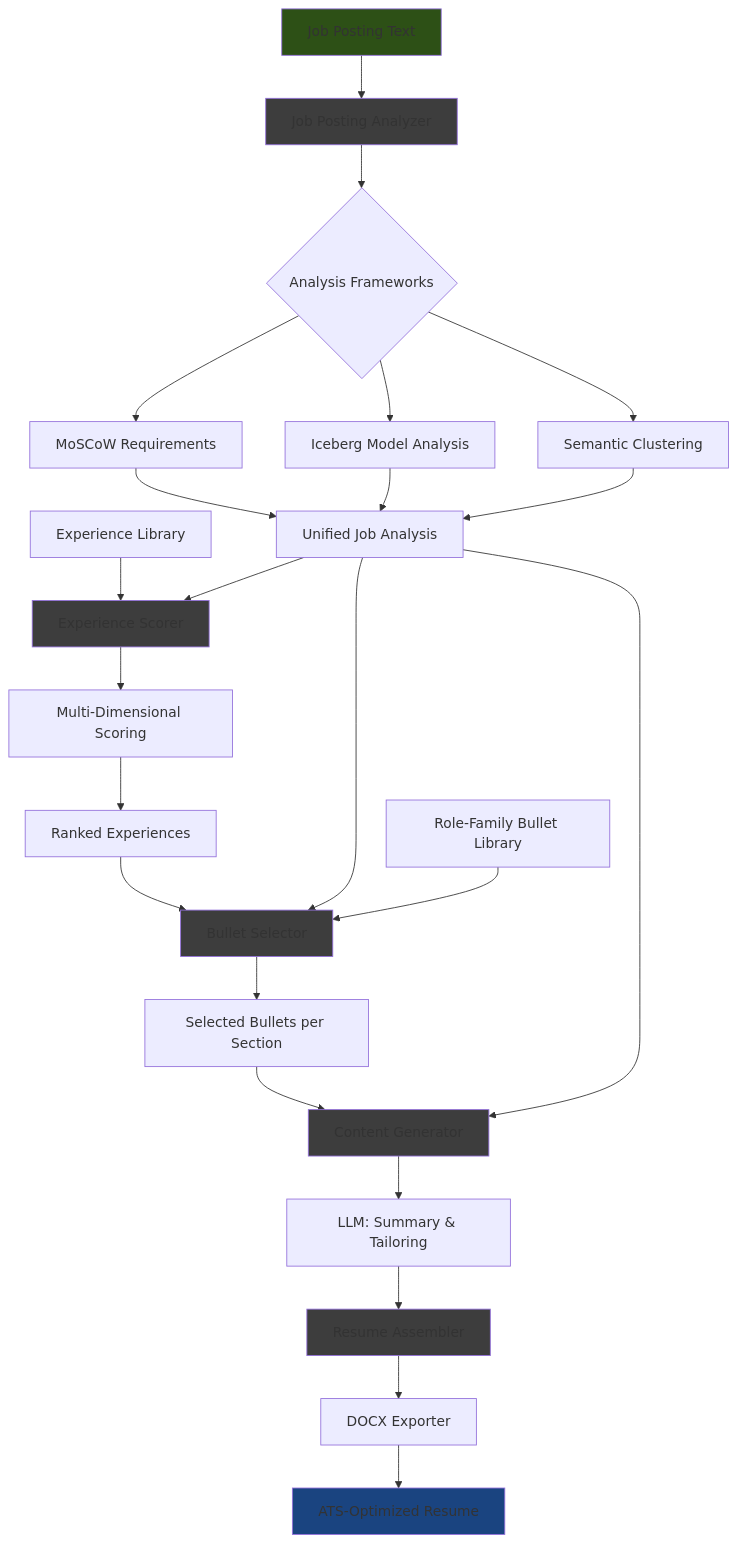
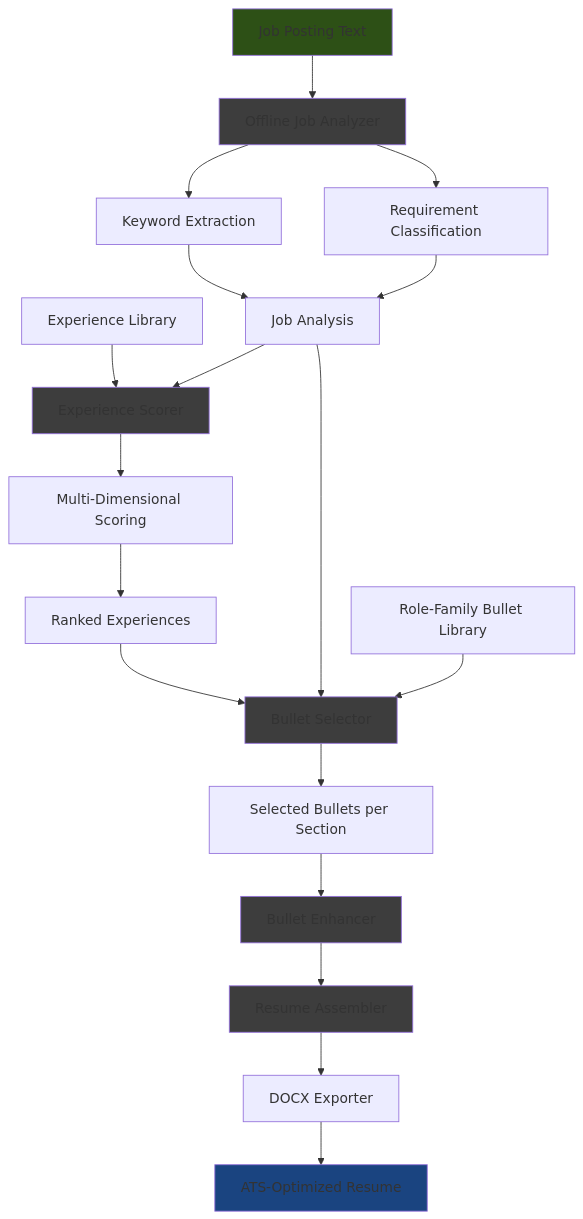
The fourth of 5 diagrams in ARCHITECTURE.md (TJ-Neary/ResumePRO), drawn with Mermaid before and after one commit. The commit also changed other lines of this file and 1 other file, not shown here.

````diff
--- a/ARCHITECTURE.md
+++ b/ARCHITECTURE.md
@@ -98,38 +151,33 @@
 ```mermaid
 flowchart TD
-    A[Job Posting Text] --> B[Job Posting Analyzer]
-    B --> C{Analysis Frameworks}
-    C --> D[MoSCoW Requirements]
-    C --> E[Iceberg Model Analysis]
-    C --> F[Semantic Clustering]
+    A[Job Posting Text] --> B[Offline Job Analyzer]
+    B --> C[Keyword Extraction]
+    B --> D[Requirement Classification]
 
-    D & E & F --> G[Unified Job Analysis]
+    C & D --> G[Job Analysis]
 
     H[Experience Library] --> I[Experience Scorer]
     G --> I
 
     I --> J[Multi-Dimensional Scoring]
     J --> K[Ranked Experiences]
 
     K --> L[Bullet Selector]
     G --> L
     M[Role-Family Bullet Library] --> L
 
     L --> N[Selected Bullets per Section]
 
-    N --> O[Content Generator]
-    G --> O
-    O --> P[LLM: Summary & Tailoring]
-
-    P --> Q[Resume Assembler]
-    Q --> R[DOCX Exporter]
-    R --> S[ATS-Optimized Resume]
+    N --> O[Bullet Enhancer]
+    O --> P[Resume Assembler]
+    P --> Q[DOCX Exporter]
+    Q --> R[ATS-Optimized Resume]
 
     style A fill:#2d5016
-    style S fill:#1a4480
+    style R fill:#1a4480
     style B fill:#3d3d3d
     style I fill:#3d3d3d
     style L fill:#3d3d3d
     style O fill:#3d3d3d
-    style Q fill:#3d3d3d
+    style P fill:#3d3d3d
 ```
````
